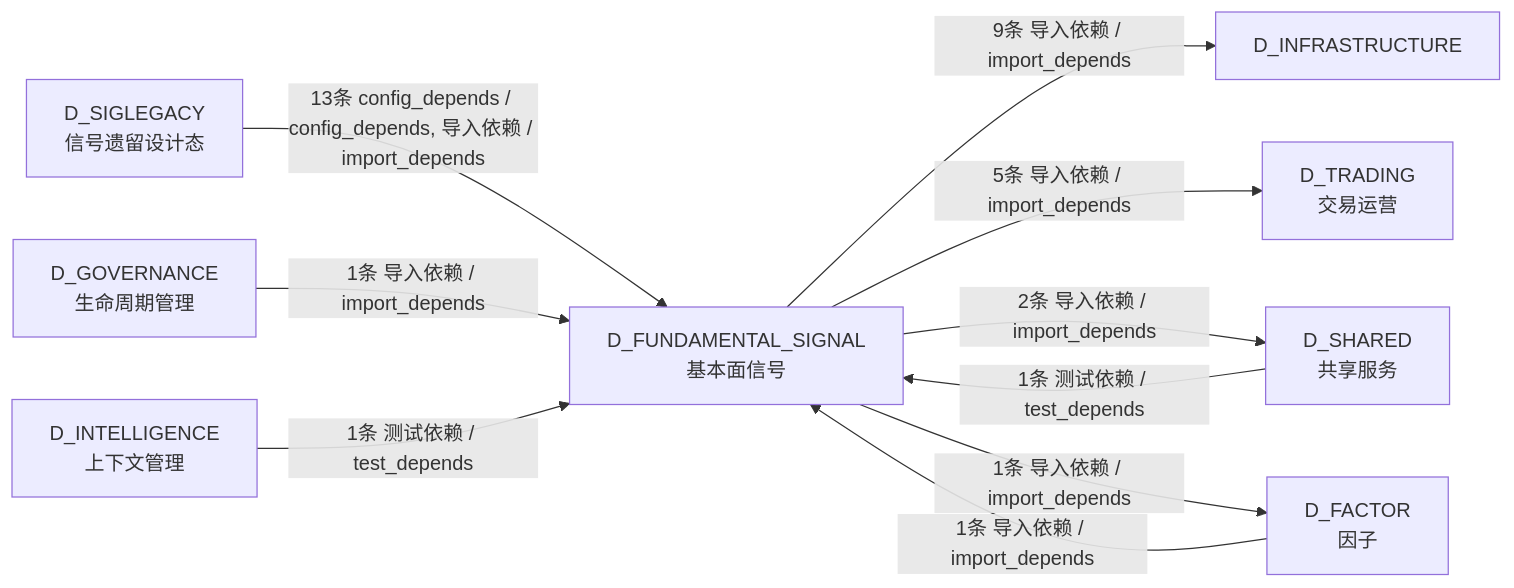
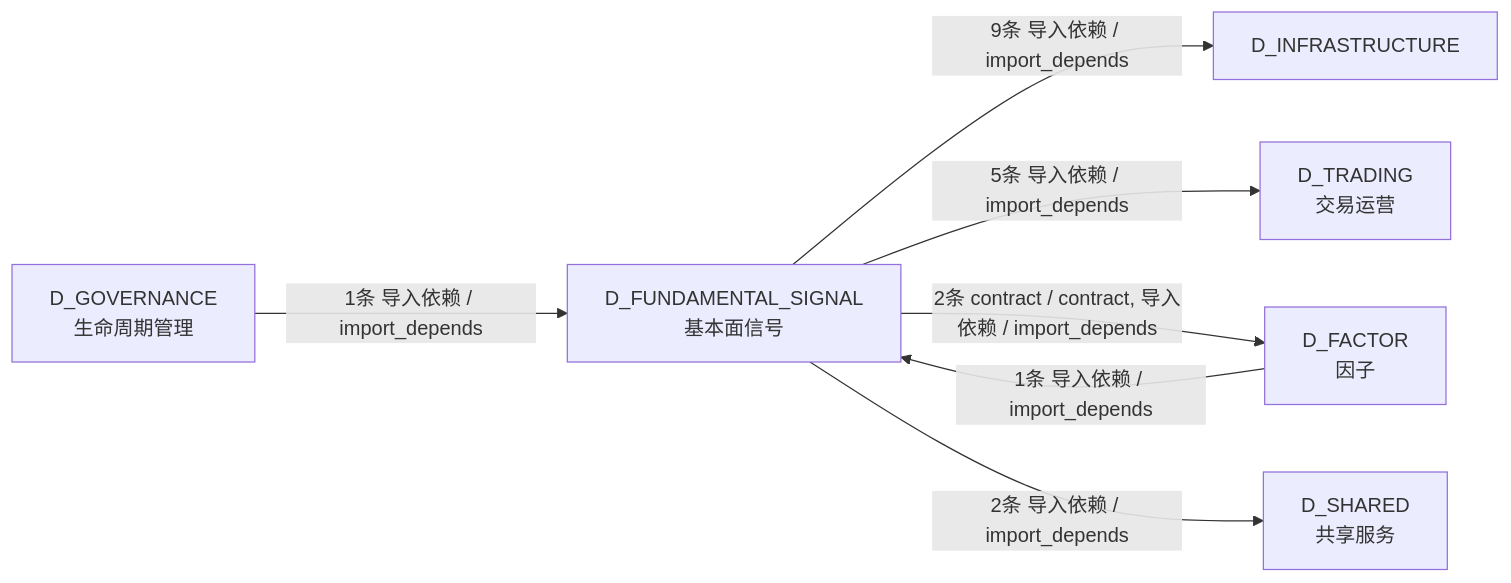
One commit to xuanFelixVan/ZephyrAlpha changed the fourth of 4 diagrams in docs/02_enterprise_architecture/02_domain_architecture_docs/37_d_fundamental_signal.md. Above: the diagram before and after it, drawn with Mermaid. The commit also changed other lines of this file and 126 other files, not shown here.

````diff
--- a/docs/02_enterprise_architecture/02_domain_architecture_docs/37_d_fundamental_signal.md
+++ b/docs/02_enterprise_architecture/02_domain_architecture_docs/37_d_fundamental_signal.md
@@ -286,20 +239,15 @@
 ```mermaid
 graph LR
     D_FUNDAMENTAL_SIGNAL["D_FUNDAMENTAL_SIGNAL<br/>基本面信号"]
     D_INFRASTRUCTURE["D_INFRASTRUCTURE"]
     D_TRADING["D_TRADING<br/>交易运营"]
+    D_FACTOR["D_FACTOR<br/>因子"]
     D_SHARED["D_SHARED<br/>共享服务"]
-    D_FACTOR["D_FACTOR<br/>因子"]
-    D_SIGLEGACY["D_SIGLEGACY<br/>信号遗留设计态"]
     D_GOVERNANCE["D_GOVERNANCE<br/>生命周期管理"]
-    D_INTELLIGENCE["D_INTELLIGENCE<br/>上下文管理"]
     D_FUNDAMENTAL_SIGNAL -->|9条 导入依赖 / import_depends| D_INFRASTRUCTURE
     D_FUNDAMENTAL_SIGNAL -->|5条 导入依赖 / import_depends| D_TRADING
+    D_FUNDAMENTAL_SIGNAL -->|2条 contract / contract, 导入依赖 / import_depends| D_FACTOR
     D_FUNDAMENTAL_SIGNAL -->|2条 导入依赖 / import_depends| D_SHARED
-    D_FUNDAMENTAL_SIGNAL -->|1条 导入依赖 / import_depends| D_FACTOR
-    D_SIGLEGACY -->|13条 config_depends / config_depends, 导入依赖 / import_depends| D_FUNDAMENTAL_SIGNAL
     D_FACTOR -->|1条 导入依赖 / import_depends| D_FUNDAMENTAL_SIGNAL
     D_GOVERNANCE -->|1条 导入依赖 / import_depends| D_FUNDAMENTAL_SIGNAL
-    D_INTELLIGENCE -->|1条 测试依赖 / test_depends| D_FUNDAMENTAL_SIGNAL
-    D_SHARED -->|1条 测试依赖 / test_depends| D_FUNDAMENTAL_SIGNAL
 ```
````
